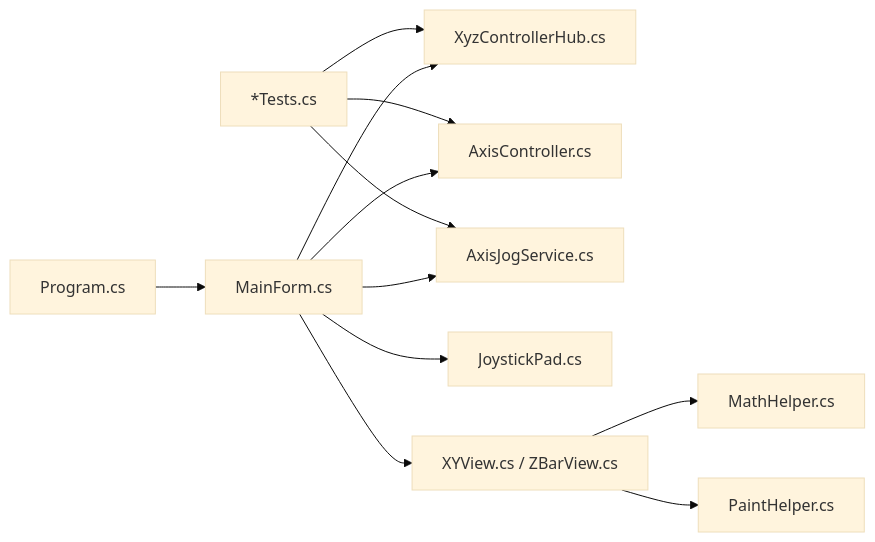
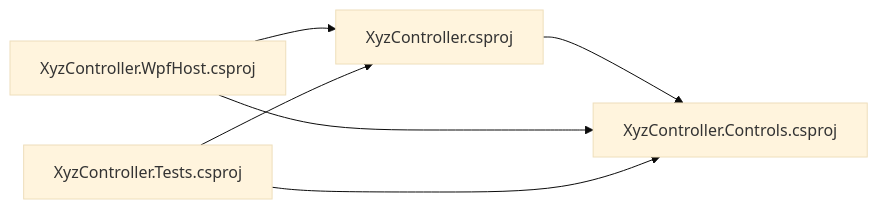
One commit to fuweiq94-cloud/3399180760 changed the eighth of 8 diagrams in .qoder/repowiki/zh/content/开发指南.md. Above: the diagram before and after it, drawn with Mermaid (base theme). The commit also changed other lines of this file and 94 other files, not shown here.

First line of the commit message:
docs(api): 添加完整 XyzController API 接口文档

````diff
--- a/.qoder/repowiki/zh/content/开发指南.md
+++ b/.qoder/repowiki/zh/content/开发指南.md
@@ -330,14 +477,8 @@
 ```mermaid
 graph LR
-PRG["Program.cs"] --> MF["MainForm.cs"]
-MF --> HUB["XyzControllerHub.cs"]
-MF --> AC["AxisController.cs"]
-MF --> AJ["AxisJogService.cs"]
-MF --> JOY["JoystickPad.cs"]
-MF --> VIEW["XYView.cs / ZBarView.cs"]
-VIEW --> MATH["MathHelper.cs"]
-VIEW --> PAINT["PaintHelper.cs"]
-TESTS["*Tests.cs"] --> AC
-TESTS --> AJ
-TESTS --> HUB
+APP["XyzController.csproj"] --> CTRL["XyzController.Controls.csproj"]
+HOST["XyzController.WpfHost.csproj"] --> APP
+HOST --> CTRL
+TEST["XyzController.Tests.csproj"] --> APP
+TEST --> CTRL
 ```
````
